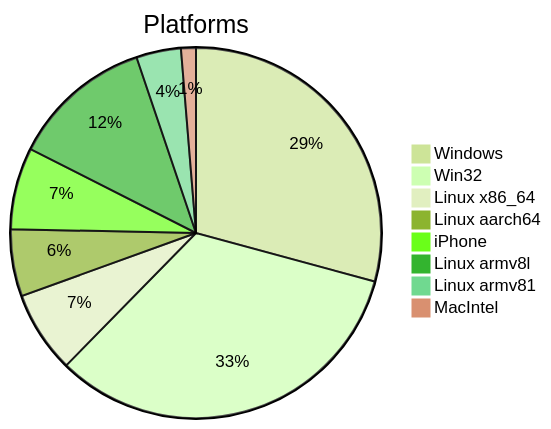
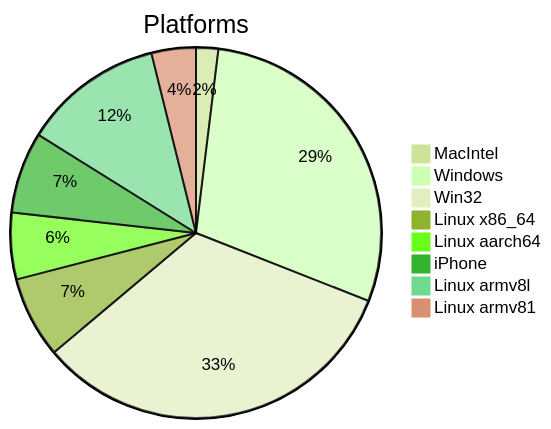
The first of 2 diagrams in DATA_REPORT.md (Krugou/socials), drawn with Mermaid (forest theme) before and after one commit. The commit also changed other lines of this file and 2 other files, not shown here.

````diff
--- a/DATA_REPORT.md
+++ b/DATA_REPORT.md
@@ -9,11 +9,11 @@
 ```mermaid
 pie title Platforms
+    "MacIntel" : 3
     "Windows" : 45
     "Win32" : 51
     "Linux x86_64" : 11
     "Linux aarch64" : 9
     "iPhone" : 11
     "Linux armv8l" : 19
     "Linux armv81" : 6
-    "MacIntel" : 2
 ```
````
